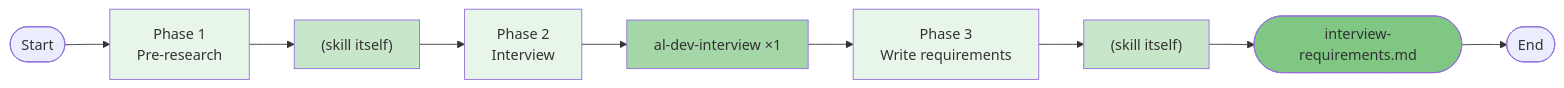
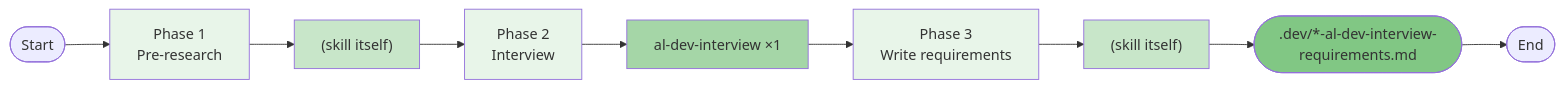
Before and after one commit to russell-laing/al-dev-shared: the ninth of 18 diagrams in docs/al-dev-plugin-map.md, drawn with Mermaid. The commit also changed other lines of this file, not shown here.

First line of the commit message:
docs: fix technical accuracy in al-dev-plugin-map diagrams and suggestions

````diff
--- a/docs/al-dev-plugin-map.md
+++ b/docs/al-dev-plugin-map.md
@@ -312,19 +304,19 @@
 ```mermaid
 flowchart LR
     Start([Start]) --> Phase1["Phase 1<br/>Pre-research"]
     Phase1 --> SkillWork1["(skill itself)"]
     SkillWork1 --> Phase2["Phase 2<br/>Interview"]
     Phase2 --> Agent1["al-dev-interview ×1"]
     Agent1 --> Phase3["Phase 3<br/>Write requirements"]
     Phase3 --> SkillWork2["(skill itself)"]
-    SkillWork2 --> Output1(["interview-requirements.md"])
+    SkillWork2 --> Output1([".dev/*-al-dev-interview-requirements.md"])
     Output1 --> End([End])
 
     style Phase1 fill:#e8f5e9
     style Phase2 fill:#e8f5e9
     style Phase3 fill:#e8f5e9
     style SkillWork1 fill:#c8e6c9
     style SkillWork2 fill:#c8e6c9
     style Agent1 fill:#a5d6a7
     style Output1 fill:#81c784
 ```
````
